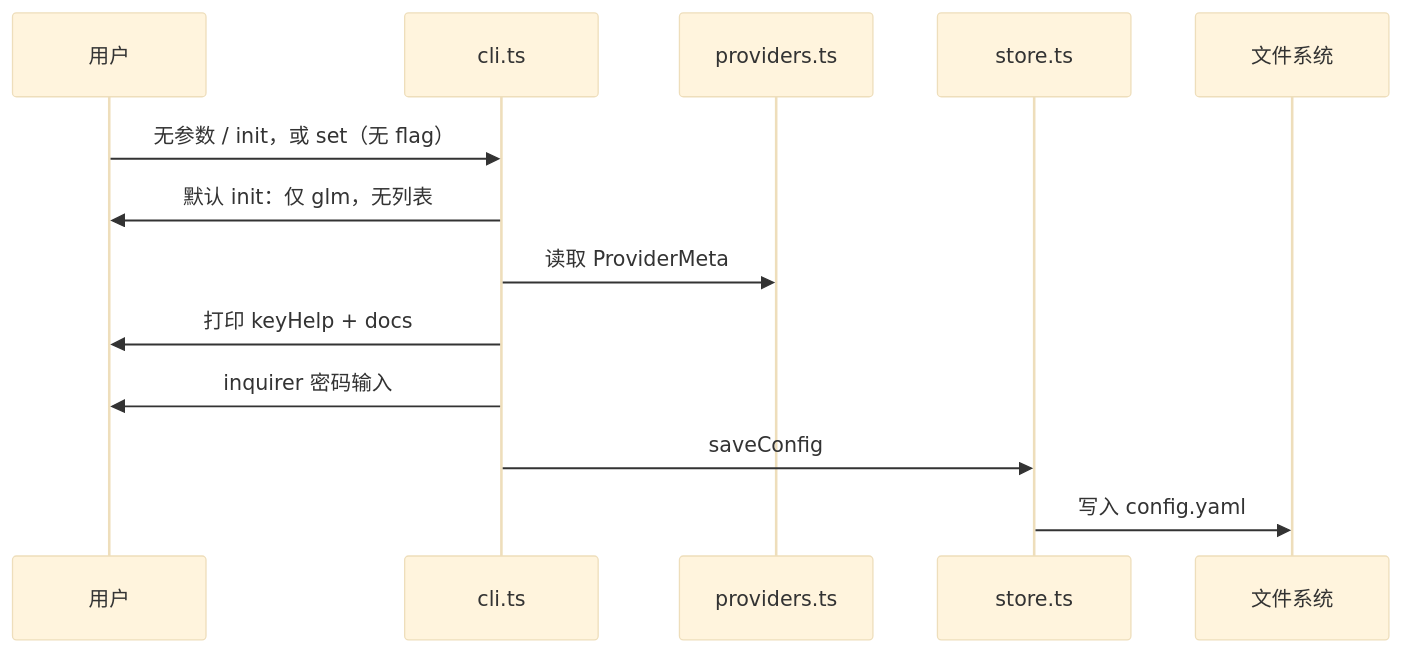
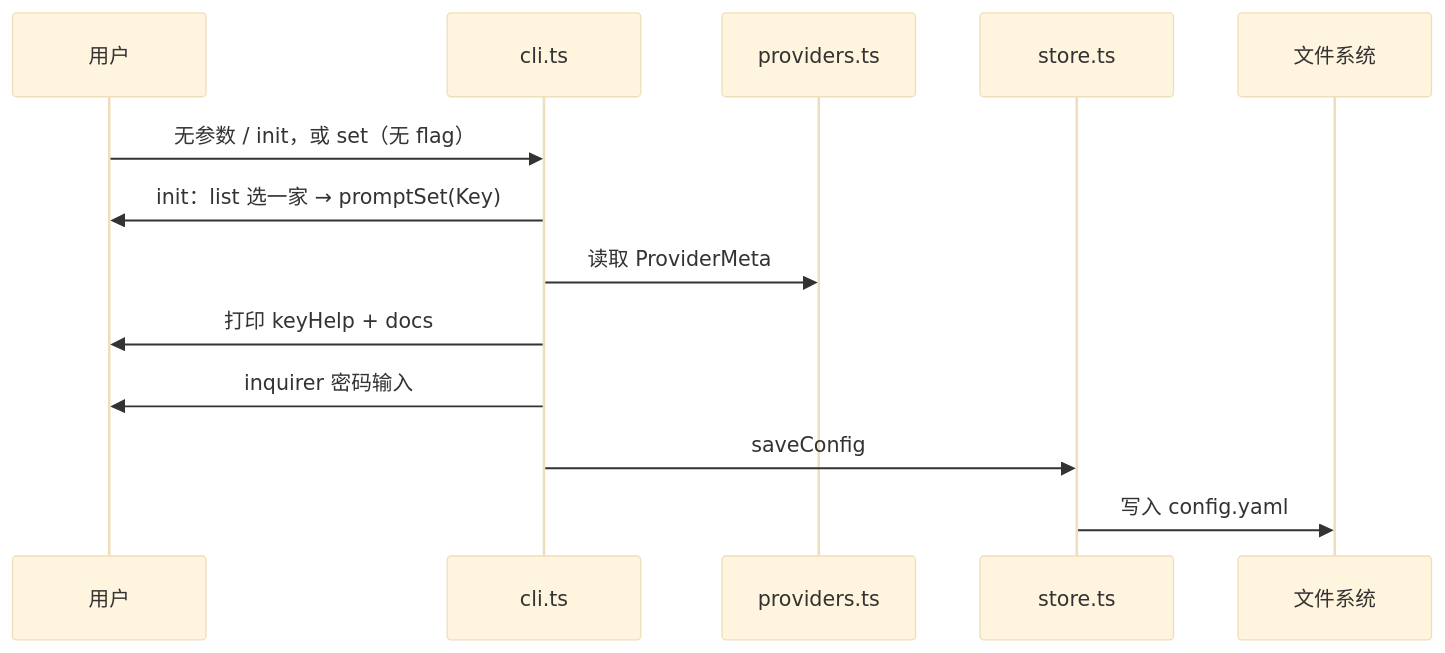
One commit to day253/claude-helper changed the second of 4 diagrams in doc/technical-guide-zh.md. Above: the diagram before and after it, drawn with Mermaid (base theme). The commit also changed other lines of this file and 4 other files, not shown here.

First line of the commit message:
feat(init): step 1 pick a single provider; step 2 enter API key per guide

````diff
--- a/doc/technical-guide-zh.md
+++ b/doc/technical-guide-zh.md
@@ -119,15 +119,15 @@
 ```mermaid
 sequenceDiagram
   participant U as 用户
   participant CLI as cli.ts
   participant P as providers.ts
   participant ST as store.ts
   participant FS as 文件系统
   U->>CLI: 无参数 / init，或 set（无 flag）
-  CLI->>U: 默认 init：仅 glm，无列表
+  CLI->>U: init：list 选一家 → promptSet(Key)
   CLI->>P: 读取 ProviderMeta
   CLI->>U: 打印 keyHelp + docs
   CLI->>U: inquirer 密码输入
   CLI->>ST: saveConfig
   ST->>FS: 写入 config.yaml
 ```
````
